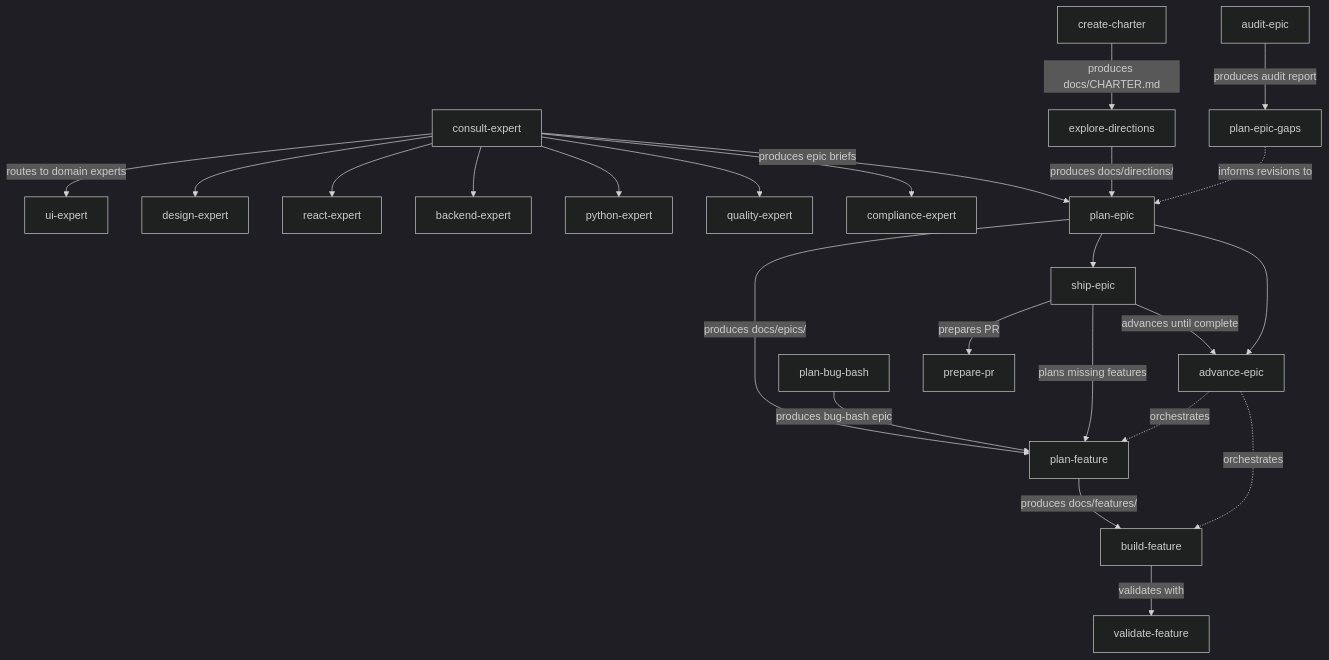
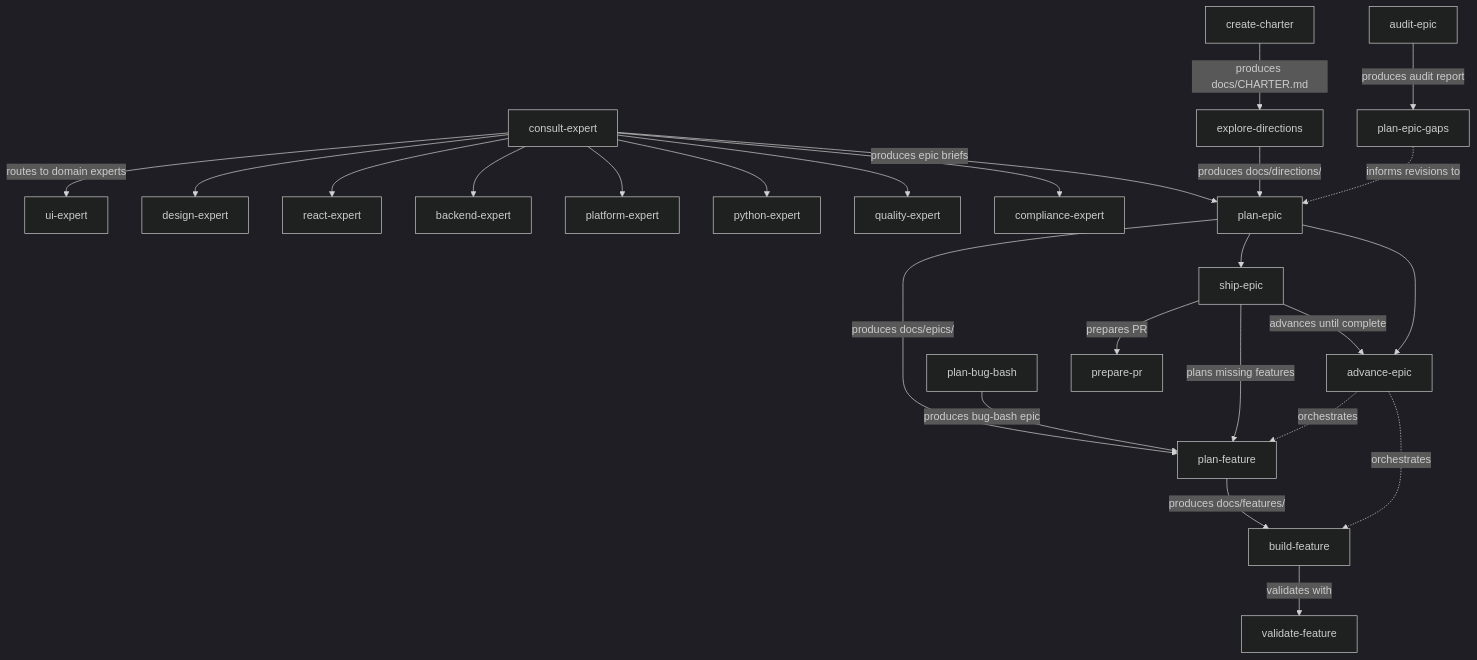
Before and after one commit to pnewsam/skills: the third of 15 diagrams in README.md, drawn with Mermaid (dark theme). The commit also changed other lines of this file and 13 other files, not shown here.

````diff
--- a/README.md
+++ b/README.md
@@ -108,26 +108,27 @@
 ```mermaid
 flowchart TD
     CE[consult-expert] -->|routes to domain experts| UE[ui-expert]
     CE --> DX[design-expert]
     CE --> RE[react-expert]
     CE --> BE[backend-expert]
+    CE --> PL[platform-expert]
     CE --> PY[python-expert]
     CE --> QE[quality-expert]
     CE --> CX[compliance-expert]
     CE -->|produces epic briefs| PE
     CC[create-charter] -->|produces docs/CHARTER.md| ED[explore-directions]
     ED -->|produces docs/directions/| PE[plan-epic]
     PE -->|produces docs/epics/| PF[plan-feature]
     PBB[plan-bug-bash] -->|produces bug-bash epic| PF
     PE --> SP[ship-epic]
     SP -->|plans missing features| PF
     SP -->|advances until complete| AE
     SP -->|prepares PR| PPR[prepare-pr]
     PF -->|produces docs/features/| BF[build-feature]
     BF -->|validates with| VF[validate-feature]
     PE --> AE[advance-epic]
     AE -.->|orchestrates| PF
     AE -.->|orchestrates| BF
     AE2[audit-epic] -->|produces audit report| PEG[plan-epic-gaps]
     PEG -.->|informs revisions to| PE
 ```
````
